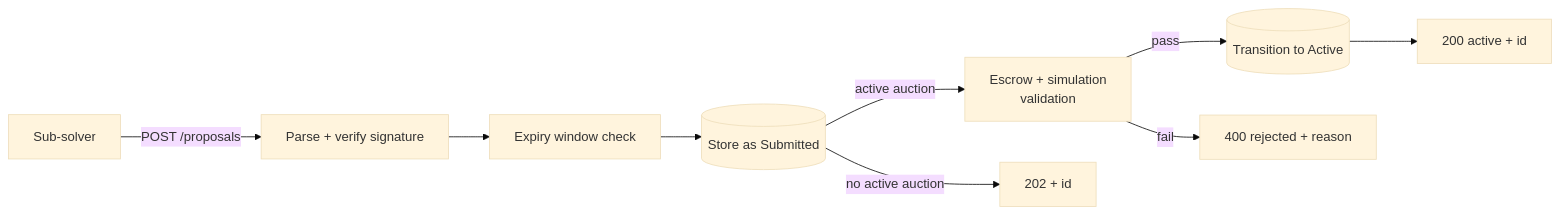
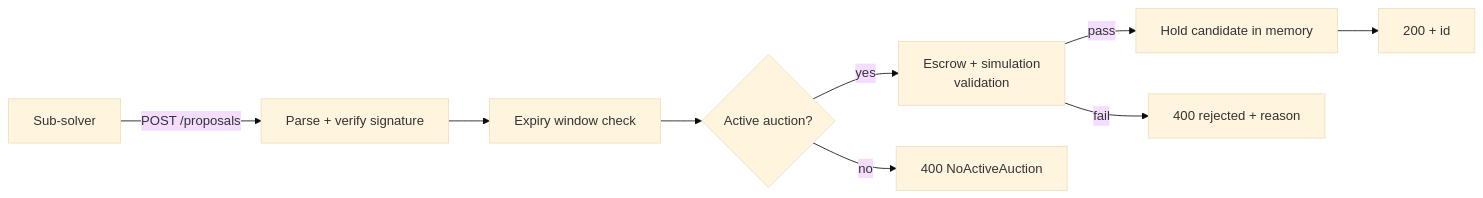
Before and after one commit to bleu/byos-docs: the first of 2 diagrams in service.md, drawn with Mermaid (base theme). The commit also changed other lines of this file and 3 other files, not shown here.

````diff
--- a/service.md
+++ b/service.md
@@ -22,11 +22,11 @@
 ```mermaid
 flowchart LR
     SS[Sub-solver] -->|POST /proposals| PR[Parse + verify signature]
     PR --> EX[Expiry window check]
-    EX --> DB[(Store as Submitted)]
-    DB -->|active auction| V[Escrow + simulation\nvalidation]
-    V -->|pass| ACT[(Transition to Active)]
-    ACT --> R200[200 active + id]
+    EX --> A{Active auction?}
+    A -->|yes| V[Escrow + simulation\nvalidation]
+    V -->|pass| C[Hold candidate in memory]
+    C --> R200[200 + id]
     V -->|fail| R400[400 rejected + reason]
-    DB -->|no active auction| R202[202 + id]
+    A -->|no| RNO[400 NoActiveAuction]
 ```
````
